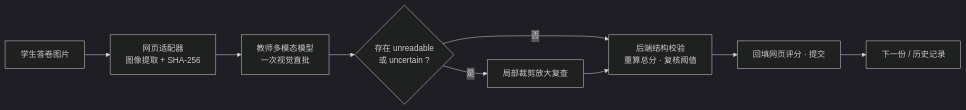
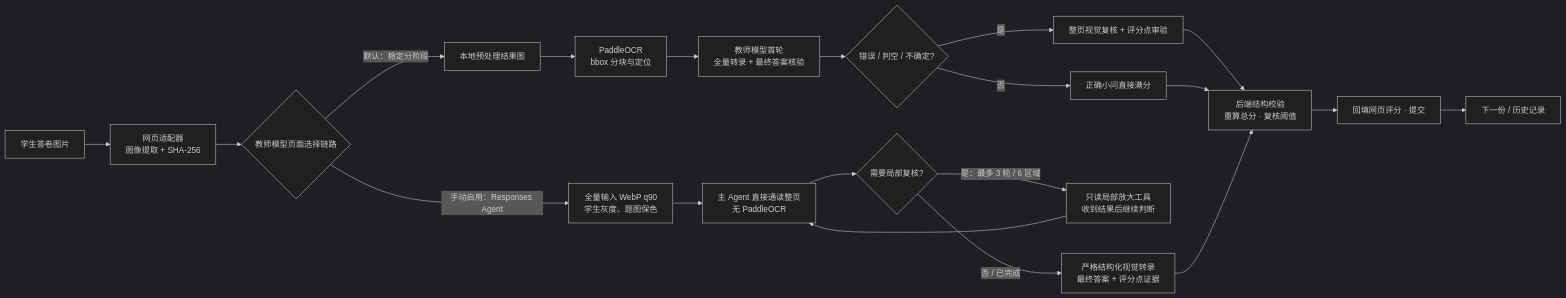
Before and after one commit to Shiratsuk1/EquiGrade: the first of 2 diagrams in README.md, drawn with Mermaid (dark theme). The commit also changed other lines of this file and 106 other files, not shown here.

First line of the commit message:
feat: 升级至 v0.2.0，支持稳定三阶段大题链路、Responses Agent 与多站点阅卷

````diff
--- a/README.md
+++ b/README.md
@@ -27,11 +31,22 @@
 ```mermaid
 flowchart LR
   A["学生答卷图片"] --> B["网页适配器<br/>图像提取 + SHA-256"]
-  B --> C["教师多模态模型<br/>一次视觉直批"]
-  C --> D{"存在 unreadable<br/>或 uncertain ?"}
-  D -- "否" --> E["后端结构校验<br/>重算总分 · 复核阈值"]
-  D -- "是" --> F["局部裁剪放大复查"]
-  F --> E
-  E --> G["回填网页评分 · 提交"]
-  G --> H["下一份 / 历史记录"]
+  B --> C{"教师模型页面选择链路"}
+  C -- "默认：稳定分阶段" --> D["本地预处理结果图"]
+  D --> E["PaddleOCR<br/>bbox 分块与定位"]
+  E --> F["教师模型首轮<br/>全量转录 + 最终答案核验"]
+  F --> G{"错误 / 判空 / 不确定?"}
+  G -- "是" --> H["整页视觉复核 + 评分点审验"]
+  G -- "否" --> I["正确小问直接满分"]
+  C -- "手动启用：Responses Agent" --> J["全量输入 WebP q90<br/>学生灰度、题图保色"]
+  J --> K["主 Agent 直接通读整页<br/>无 PaddleOCR"]
+  K --> L{"需要局部复核?"}
+  L -- "是：最多 3 轮 / 6 区域" --> M["只读局部放大工具<br/>收到结果后继续判断"]
+  M --> K
+  L -- "否 / 已完成" --> N["严格结构化视觉转录<br/>最终答案 + 评分点证据"]
+  H --> O["后端结构校验<br/>重算总分 · 复核阈值"]
+  I --> O
+  N --> O
+  O --> P["回填网页评分 · 提交"]
+  P --> Q["下一份 / 历史记录"]
 ```
````
